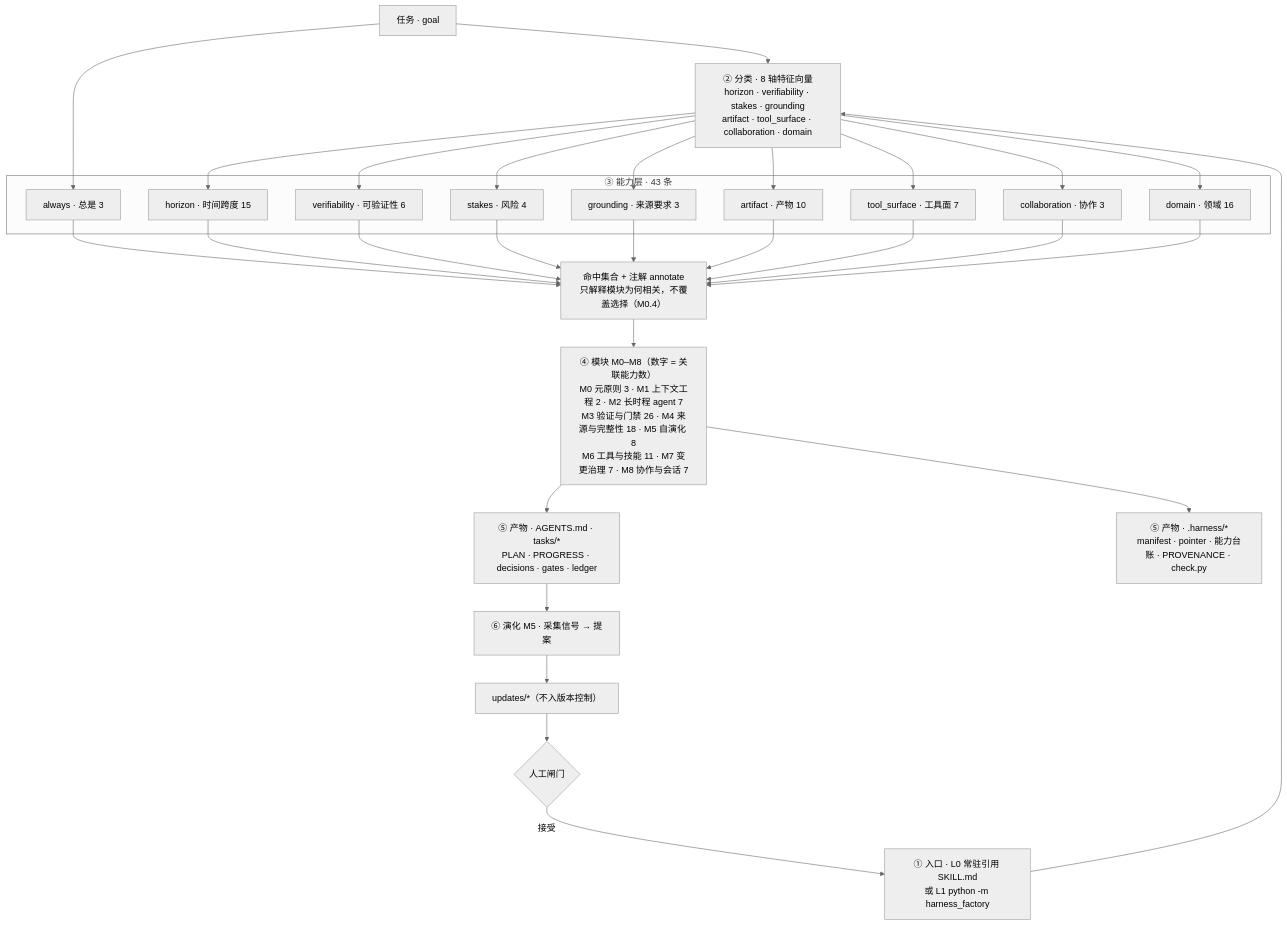
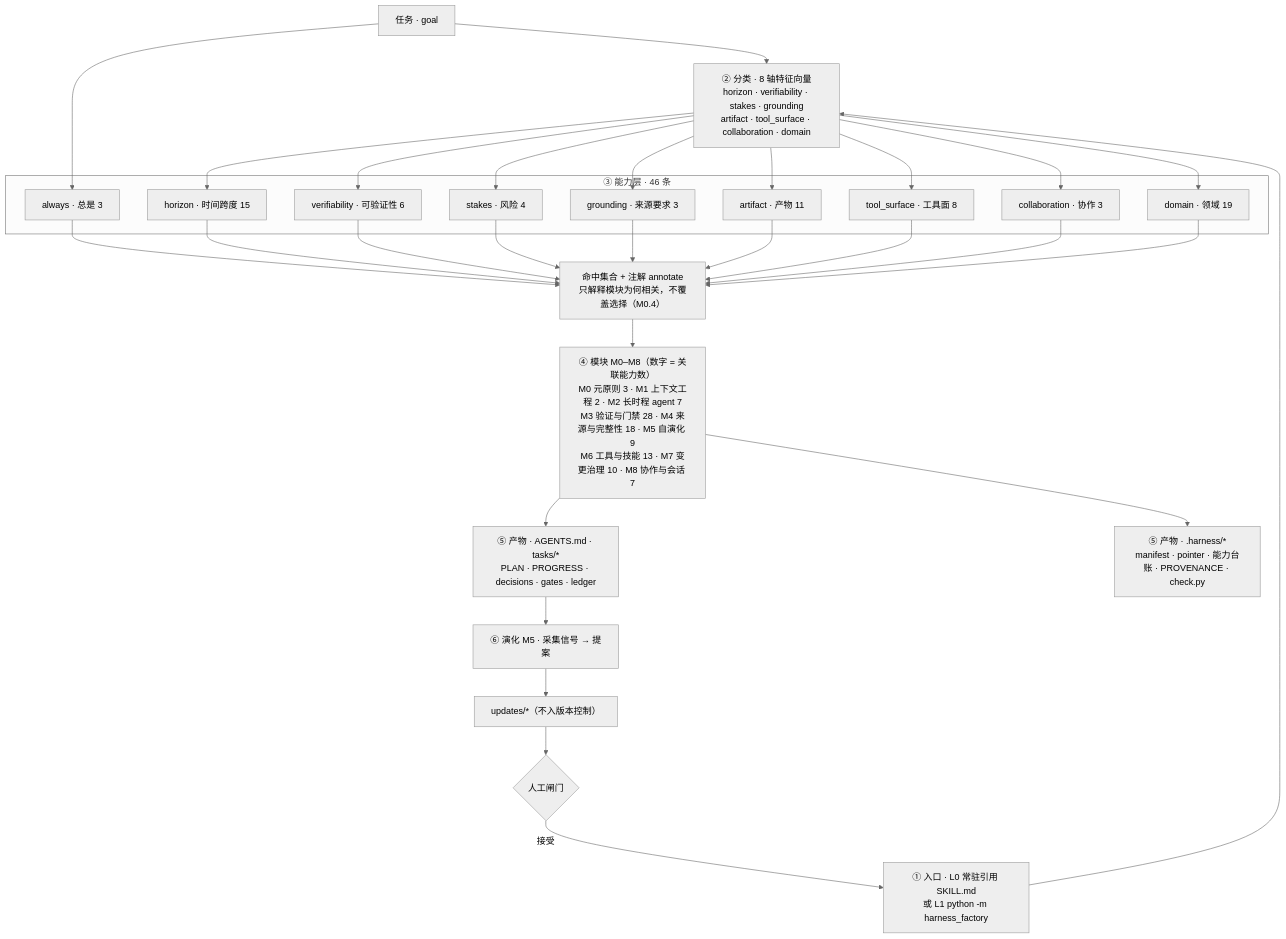
One commit to LengyanReader/research_foodie changed the diagram in harness_factory/HARNESS-MAP.md. Above: the diagram before and after it, drawn with Mermaid (neutral theme). The commit also changed other lines of this file and 23 other files, not shown here.

````diff
--- a/harness_factory/HARNESS-MAP.md
+++ b/harness_factory/HARNESS-MAP.md
@@ -43,51 +43,51 @@
 ```mermaid
 flowchart TD
     T["任务 · goal"]
     REF["① 入口 · L0 常驻引用 SKILL.md<br/>或 L1 python -m harness_factory"]
     V["② 分类 · 8 轴特征向量<br/>horizon · verifiability · stakes · grounding<br/>artifact · tool_surface · collaboration · domain"]
-    subgraph CAPS["③ 能力层 · 43 条"]
+    subgraph CAPS["③ 能力层 · 46 条"]
         A0["always · 总是 3"]
         A1["horizon · 时间跨度 15"]
         A2["verifiability · 可验证性 6"]
         A3["stakes · 风险 4"]
         A4["grounding · 来源要求 3"]
-        A5["artifact · 产物 10"]
-        A6["tool_surface · 工具面 7"]
+        A5["artifact · 产物 11"]
+        A6["tool_surface · 工具面 8"]
         A7["collaboration · 协作 3"]
-        A8["domain · 领域 16"]
+        A8["domain · 领域 19"]
     end
     M["命中集合 + 注解 annotate<br/>只解释模块为何相关，不覆盖选择（M0.4）"]
-    MODS["④ 模块 M0–M8（数字 = 关联能力数）<br/>M0 元原则 3 · M1 上下文工程 2 · M2 长时程 agent 7<br/>M3 验证与门禁 26 · M4 来源与完整性 18 · M5 自演化 8<br/>M6 工具与技能 11 · M7 变更治理 7 · M8 协作与会话 7"]
+    MODS["④ 模块 M0–M8（数字 = 关联能力数）<br/>M0 元原则 3 · M1 上下文工程 2 · M2 长时程 agent 7<br/>M3 验证与门禁 28 · M4 来源与完整性 18 · M5 自演化 9<br/>M6 工具与技能 13 · M7 变更治理 10 · M8 协作与会话 7"]
     O1["⑤ 产物 · AGENTS.md · tasks/*<br/>PLAN · PROGRESS · decisions · gates · ledger"]
     O2["⑤ 产物 · .harness/*<br/>manifest · pointer · 能力台账 · PROVENANCE · check.py"]
     E["⑥ 演化 M5 · 采集信号 → 提案"]
     U["updates/*（不入版本控制）"]
     G{"人工闸门"}
     T --> V
     REF --> V
     T --> A0
     V --> A1
     V --> A2
     V --> A3
     V --> A4
     V --> A5
     V --> A6
     V --> A7
     V --> A8
     A0 --> M
     A1 --> M
     A2 --> M
     A3 --> M
     A4 --> M
     A5 --> M
     A6 --> M
     A7 --> M
     A8 --> M
     M --> MODS
     MODS --> O1
     MODS --> O2
     O1 --> E
     E --> U
     U --> G
     G -->|接受| REF
 ```
````
